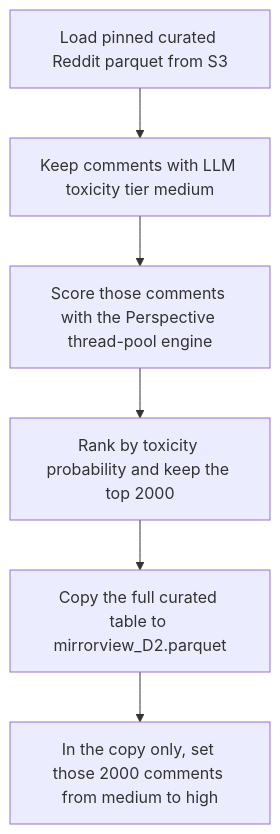
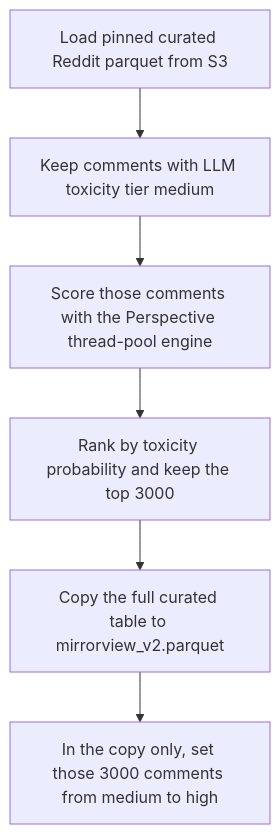
Before and after one commit to METResearchGroup/mirrorView-task: the diagram in docs/plans/2026-09-08_reddit_curated_perspective_d2_d56b10/plan.md, drawn with Mermaid. The commit also changed other lines of this file and 3 other files, not shown here.

````diff
--- a/docs/plans/2026-09-08_reddit_curated_perspective_d2_d56b10/plan.md
+++ b/docs/plans/2026-09-08_reddit_curated_perspective_d2_d56b10/plan.md
@@ -17,14 +17,14 @@
 ```mermaid
 flowchart TD
     A[Load pinned curated Reddit parquet from S3]
     B[Keep comments with LLM toxicity tier medium]
     C[Score those comments with the Perspective thread-pool engine]
-    D[Rank by toxicity probability and keep the top 2000]
-    E[Copy the full curated table to mirrorview_D2.parquet]
-    F[In the copy only, set those 2000 comments from medium to high]
+    D[Rank by toxicity probability and keep the top 3000]
+    E[Copy the full curated table to mirrorview_v2.parquet]
+    F[In the copy only, set those 3000 comments from medium to high]
     A --> B
     B --> C
     C --> D
     D --> E
     E --> F
 ```
````
